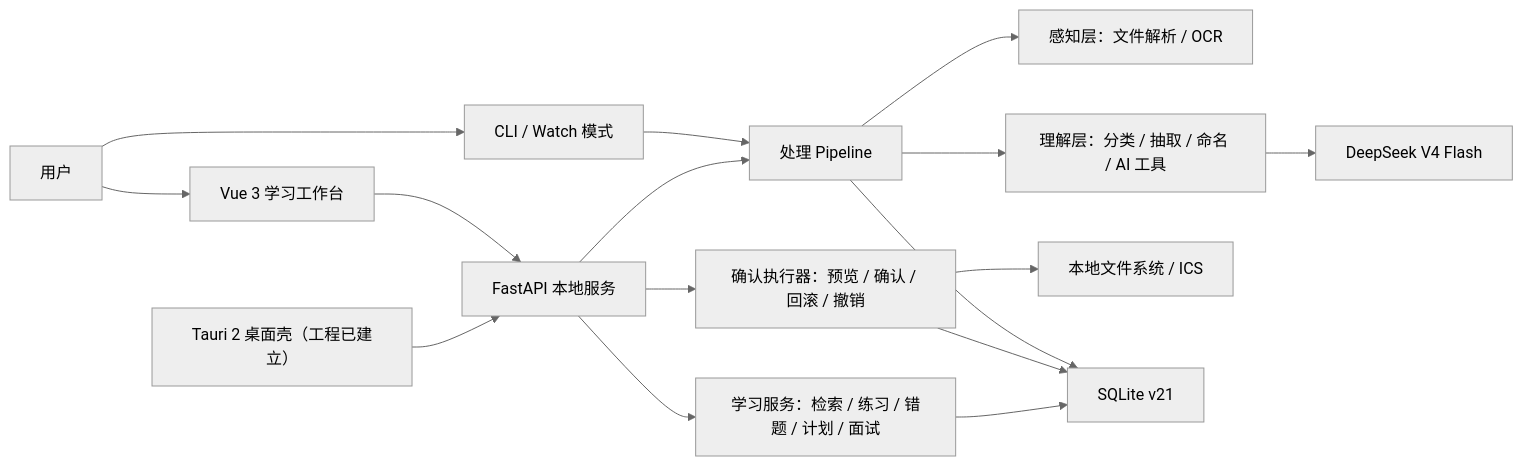
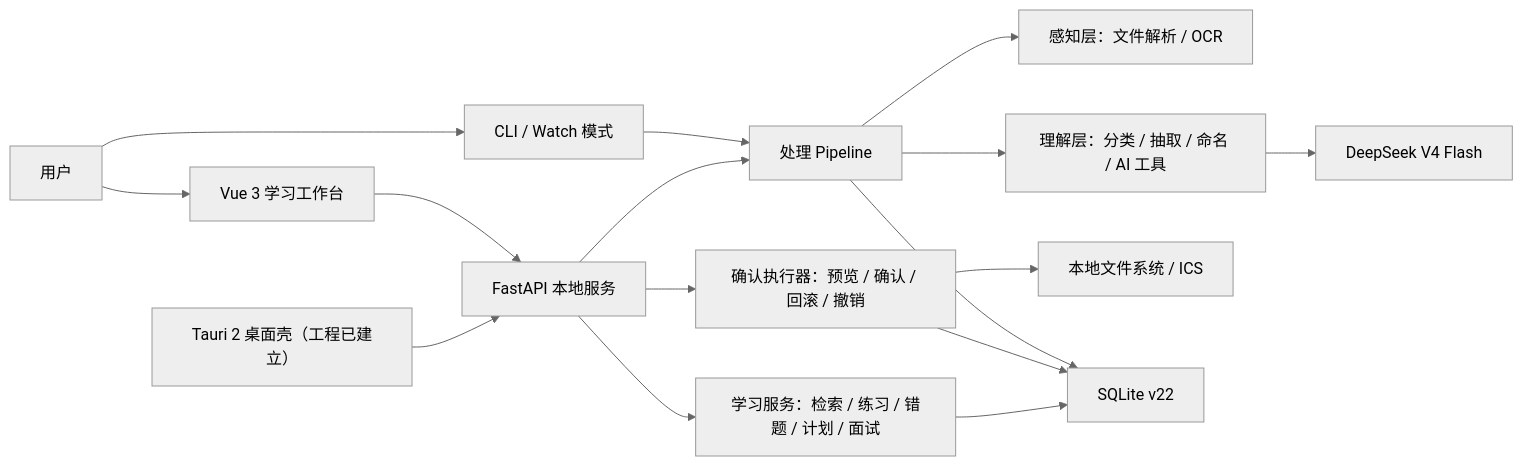
One commit to cooooooosdas/Filemate changed the diagram in README.md. Above: the diagram before and after it, drawn with Mermaid (neutral theme). The commit also changed other lines of this file and 34 other files, not shown here.

````diff
--- a/README.md
+++ b/README.md
@@ -150,18 +153,18 @@
 ```mermaid
 flowchart LR
     U["用户"] --> V["Vue 3 学习工作台"]
     U --> C["CLI / Watch 模式"]
     V --> A["FastAPI 本地服务"]
     T["Tauri 2 桌面壳（工程已建立）"] --> A
     C --> P["处理 Pipeline"]
     A --> P
     P --> R["感知层：文件解析 / OCR"]
     P --> N["理解层：分类 / 抽取 / 命名 / AI 工具"]
     N --> L["DeepSeek V4 Flash"]
     A --> E["确认执行器：预览 / 确认 / 回滚 / 撤销"]
     A --> K["学习服务：检索 / 练习 / 错题 / 计划 / 面试"]
     E --> F["本地文件系统 / ICS"]
-    P --> S["SQLite v21"]
+    P --> S["SQLite v22"]
     E --> S
     K --> S
 ```
````
